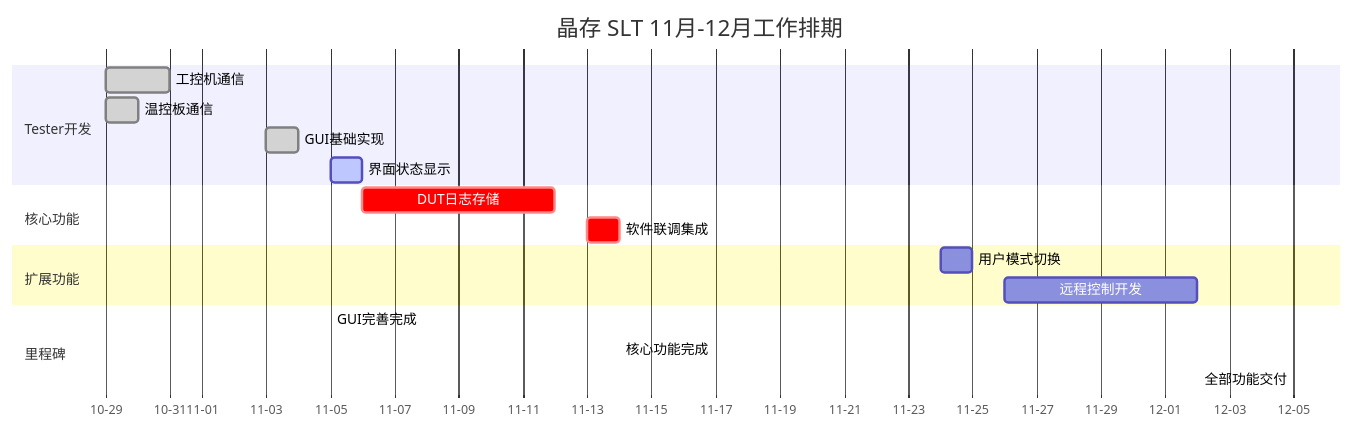
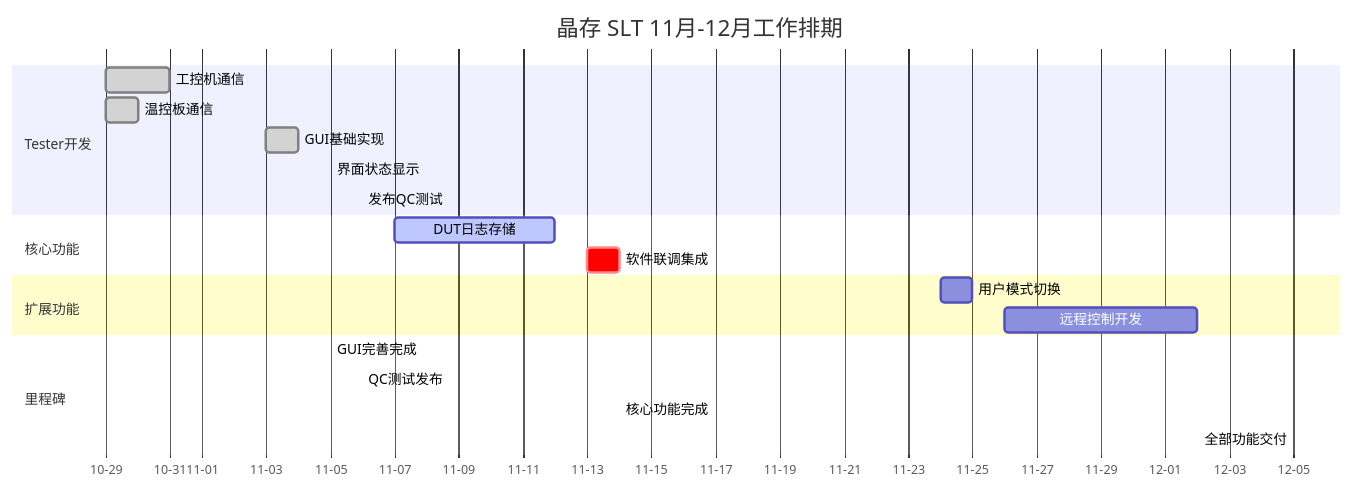
Before and after one commit to onecoin9/Constantine-projects: the diagram in Winnie/HundredAcreWood/progress/novemberMind.md, drawn with Mermaid. The commit also changed other lines of this file, not shown here.

````diff
--- a/Winnie/HundredAcreWood/progress/novemberMind.md
+++ b/Winnie/HundredAcreWood/progress/novemberMind.md
@@ -132,25 +175,27 @@
 ```mermaid
 gantt
     title 晶存 SLT 11月-12月工作排期
     dateFormat  YYYY-MM-DD
     axisFormat  %m-%d
   
     section Tester开发
     工控机通信         :done, 2025-10-29, 2025-10-31
     温控板通信         :done, 2025-10-29, 2025-10-30
     GUI基础实现        :done, 2025-11-03, 2025-11-04
-    界面状态显示       :active, 2025-11-05, 2025-11-06
+    界面状态显示       :done, 2025-11-05, 2025-11-05
+    发布QC测试         :done, 2025-11-06, 2025-11-06
   
     section 核心功能
-    DUT日志存储        :crit, 2025-11-06, 2025-11-12
+    DUT日志存储        :active, 2025-11-07, 2025-11-12
     软件联调集成       :crit, 2025-11-13, 2025-11-14
   
     section 扩展功能
     用户模式切换       :2025-11-24, 2025-11-25
     远程控制开发       :2025-11-26, 2025-12-02
   
     section 里程碑
     GUI完善完成        :m1, 2025-11-05, 2025-11-05
-    核心功能完成       :m2, 2025-11-14, 2025-11-14
-    全部功能交付       :m3, 2025-12-05, 2025-12-05
+    QC测试发布         :m2, 2025-11-06, 2025-11-06
+    核心功能完成       :m3, 2025-11-14, 2025-11-14
+    全部功能交付       :m4, 2025-12-05, 2025-12-05
 ```
````
